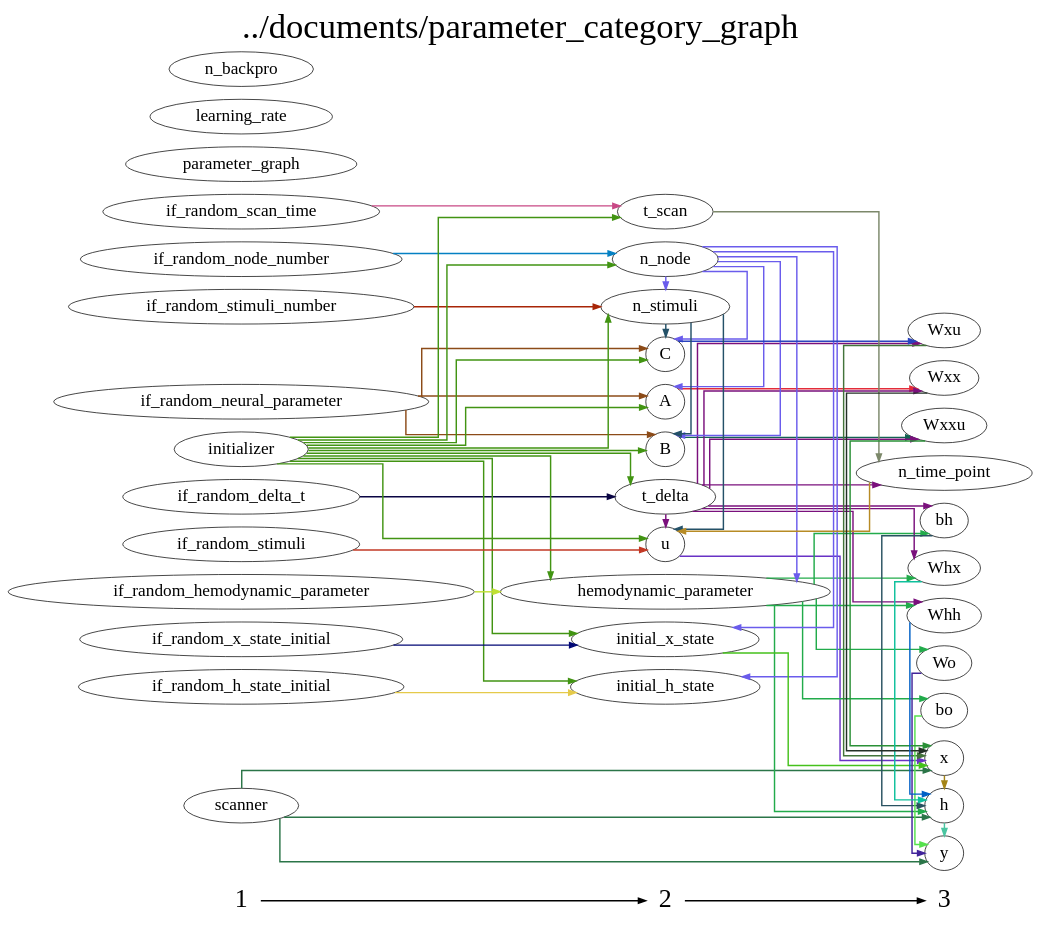
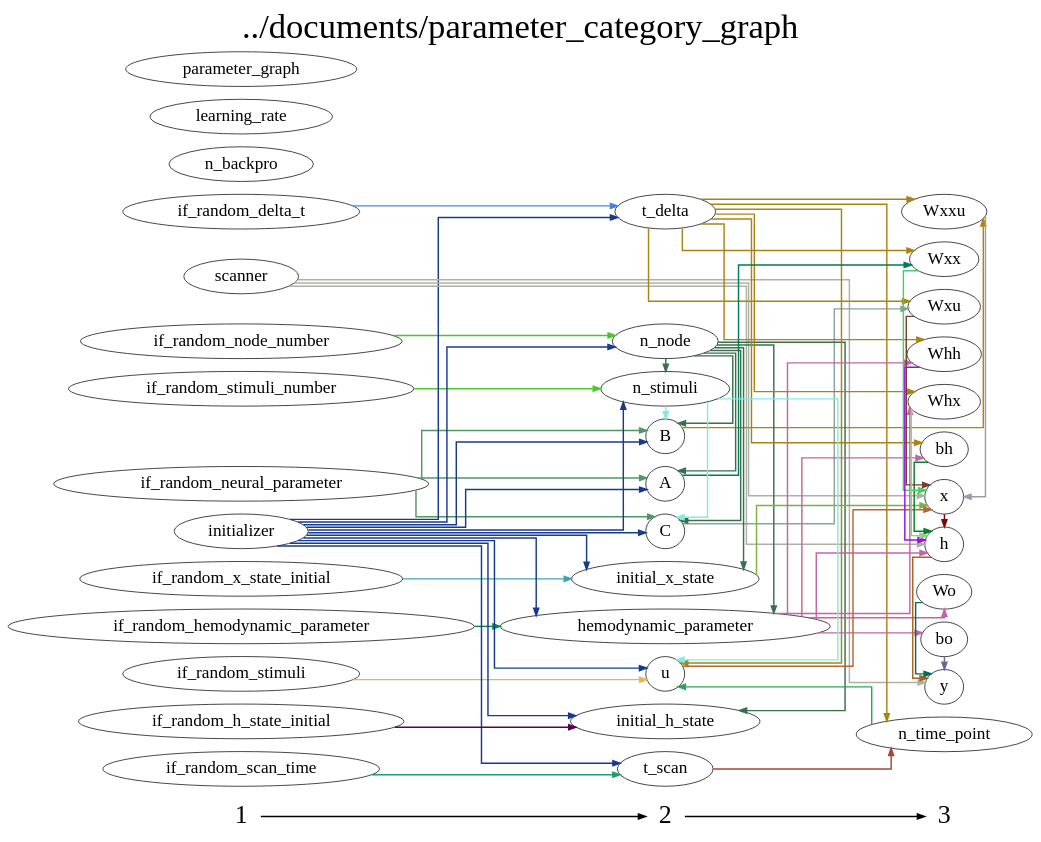
The diagram in DCM_RNN/documents/parameter_category_graph.gv (YuanWangOnward/DCM_RNN), drawn with Graphviz before and after one commit. The commit also changed 18 other files, not shown here.

```diff
--- a/DCM_RNN/documents/parameter_category_graph.gv
+++ b/DCM_RNN/documents/parameter_category_graph.gv
@@ -1,132 +1,132 @@
 digraph G {
           splines=ortho;
           fontsize = 48;
           rankdir = "LR";
           node[fontsize=24];
           edge[penwidth=2];
           {
           node [shape=plaintext fontsize=36];
           1 -> 
           2 -> 
           3
           }
           {rank = same;
           1;
+          if_random_stimuli;
+          if_random_scan_time;
+          if_random_stimuli_number;
           if_random_neural_parameter;
-          parameter_graph;
-          if_random_scan_time;
+          if_random_x_state_initial;
           if_random_delta_t;
           if_random_node_number;
-          if_random_h_state_initial;
-          if_random_stimuli_number;
-          learning_rate;
-          scanner;
+          if_random_hemodynamic_parameter;
           n_backpro;
           initializer;
-          if_random_hemodynamic_parameter;
-          if_random_x_state_initial;
-          if_random_stimuli;
+          learning_rate;
+          parameter_graph;
+          scanner;
+          if_random_h_state_initial;
           }
           {rank = same;
           2;
+          B;
+          C;
+          t_scan;
+          n_node;
+          initial_h_state;
+          t_delta;
+          initial_x_state;
+          hemodynamic_parameter;
           A;
           u;
-          B;
-          hemodynamic_parameter;
-          t_delta;
-          n_node;
-          C;
-          t_scan;
-          initial_x_state;
           n_stimuli;
-          initial_h_state;
           }
           {rank = same;
           3;
-          n_time_point;
-          x;
+          h;
           Wo;
           bh;
+          Wxx;
+          y;
           Wxu;
+          Whh;
+          Wxxu;
+          x;
           bo;
-          h;
-          y;
-          Wxxu;
+          n_time_point;
           Whx;
-          Wxx;
-          Whh;
           }
-          if_random_neural_parameter -> B [color="#8C4B18"];
-          if_random_neural_parameter -> A [color="#8C4B18"];
-          if_random_neural_parameter -> C [color="#8C4B18"];
-          B -> Wxxu [color="#126352"];
-          if_random_scan_time -> t_scan [color="#C84885"];
-          n_time_point -> u [color="#B78B25"];
-          Wxxu -> x [color="#2A9037"];
-          x -> h [color="#A48418"];
+          B -> Wxxu [color="#B1840C"];
+          if_random_stimuli -> u [color="#E0B950"];
+          initial_x_state -> x [color="#79B241"];
+          Wxxu -> x [color="#999EA6"];
+          t_scan -> n_time_point [color="#A64735"];
+          if_random_scan_time -> t_scan [color="#1E9E6A"];
+          h -> y [color="#A3671E"];
+          Wo -> y [color="#076A5A"];
+          if_random_stimuli_number -> n_stimuli [color="#51C733"];
+          bo -> y [color="#6C6890"];
+          n_stimuli -> B [color="#81ECE1"];
+          n_stimuli -> C [color="#81ECE1"];
+          n_stimuli -> u [color="#81ECE1"];
+          if_random_delta_t -> t_delta [color="#4C83E3"];
+          if_random_node_number -> n_node [color="#4CC432"];
+          n_node -> B [color="#38714B"];
+          n_node -> C [color="#38714B"];
+          n_node -> initial_h_state [color="#38714B"];
+          n_node -> initial_x_state [color="#38714B"];
+          n_node -> hemodynamic_parameter [color="#38714B"];
+          n_node -> A [color="#38714B"];
+          n_node -> n_stimuli [color="#38714B"];
+          bh -> h [color="#078026"];
+          Wxx -> x [color="#4CCC69"];
           initial_h_state ;
-          u -> x [color="#6932C5"];
-          Wo -> y [color="#41249A"];
-          hemodynamic_parameter -> bo [color="#22AB4B"];
-          hemodynamic_parameter -> Wo [color="#22AB4B"];
-          hemodynamic_parameter -> bh [color="#22AB4B"];
-          hemodynamic_parameter -> Whx [color="#22AB4B"];
-          hemodynamic_parameter -> Whh [color="#22AB4B"];
-          hemodynamic_parameter -> h [color="#22AB4B"];
-          if_random_delta_t -> t_delta [color="#0A0543"];
-          bh -> h [color="#295261"];
-          C -> Wxu [color="#2A43BE"];
-          h -> y [color="#4BC5A1"];
-          Wxu -> x [color="#43743B"];
-          bo -> y [color="#56E14E"];
-          if_random_stimuli -> u [color="#C23824"];
-          n_node -> B [color="#6A5CEC"];
-          n_node -> hemodynamic_parameter [color="#6A5CEC"];
-          n_node -> n_stimuli [color="#6A5CEC"];
-          n_node -> A [color="#6A5CEC"];
-          n_node -> C [color="#6A5CEC"];
-          n_node -> initial_x_state [color="#6A5CEC"];
-          n_node -> initial_h_state [color="#6A5CEC"];
-          if_random_stimuli_number -> n_stimuli [color="#A82507"];
-          if_random_node_number -> n_node [color="#0480C3"];
+          if_random_hemodynamic_parameter -> hemodynamic_parameter [color="#018C4C"];
+          n_backpro ;
+          C -> Wxu [color="#89A59E"];
+          initializer -> B [color="#183A8E"];
+          initializer -> C [color="#183A8E"];
+          initializer -> t_scan [color="#183A8E"];
+          initializer -> n_node [color="#183A8E"];
+          initializer -> initial_h_state [color="#183A8E"];
+          initializer -> t_delta [color="#183A8E"];
+          initializer -> initial_x_state [color="#183A8E"];
+          initializer -> hemodynamic_parameter [color="#183A8E"];
+          initializer -> A [color="#183A8E"];
+          initializer -> u [color="#183A8E"];
+          initializer -> n_stimuli [color="#183A8E"];
           learning_rate ;
-          t_scan -> n_time_point [color="#7C886A"];
-          if_random_h_state_initial -> initial_h_state [color="#E5CA4A"];
-          Whx -> h [color="#0EC09C"];
+          t_delta -> bh [color="#A88416"];
+          t_delta -> Wxx [color="#A88416"];
+          t_delta -> Wxu [color="#A88416"];
+          t_delta -> Whh [color="#A88416"];
+          t_delta -> Wxxu [color="#A88416"];
+          t_delta -> u [color="#A88416"];
+          t_delta -> n_time_point [color="#A88416"];
+          t_delta -> Whx [color="#A88416"];
+          hemodynamic_parameter -> h [color="#C265A7"];
+          hemodynamic_parameter -> Wo [color="#C265A7"];
+          hemodynamic_parameter -> bh [color="#C265A7"];
+          hemodynamic_parameter -> Whh [color="#C265A7"];
+          hemodynamic_parameter -> bo [color="#C265A7"];
+          hemodynamic_parameter -> Whx [color="#C265A7"];
+          Wxu -> x [color="#77402A"];
+          scanner -> h [color="#AEB2A3"];
+          scanner -> y [color="#AEB2A3"];
+          scanner -> x [color="#AEB2A3"];
+          A -> Wxx [color="#007A57"];
+          Whx -> h [color="#97CC8B"];
+          Whh -> h [color="#9A0EE1"];
+          parameter_graph ;
+          x -> h [color="#800801"];
+          u -> x [color="#B7653C"];
+          if_random_neural_parameter -> B [color="#539665"];
+          if_random_neural_parameter -> C [color="#539665"];
+          if_random_neural_parameter -> A [color="#539665"];
+          n_time_point -> u [color="#2CA656"];
           y ;
-          parameter_graph ;
-          n_backpro ;
-          initializer -> u [color="#429413"];
-          initializer -> B [color="#429413"];
-          initializer -> hemodynamic_parameter [color="#429413"];
-          initializer -> t_delta [color="#429413"];
-          initializer -> n_stimuli [color="#429413"];
-          initializer -> A [color="#429413"];
-          initializer -> C [color="#429413"];
-          initializer -> n_node [color="#429413"];
-          initializer -> t_scan [color="#429413"];
-          initializer -> initial_x_state [color="#429413"];
-          initializer -> initial_h_state [color="#429413"];
-          if_random_hemodynamic_parameter -> hemodynamic_parameter [color="#C0E133"];
-          initial_x_state -> x [color="#45C11C"];
-          A -> Wxx [color="#E32C3A"];
-          if_random_x_state_initial -> initial_x_state [color="#010775"];
-          t_delta -> u [color="#7A107C"];
-          t_delta -> bh [color="#7A107C"];
-          t_delta -> Wxx [color="#7A107C"];
-          t_delta -> Whx [color="#7A107C"];
-          t_delta -> Whh [color="#7A107C"];
-          t_delta -> n_time_point [color="#7A107C"];
-          t_delta -> Wxu [color="#7A107C"];
-          t_delta -> Wxxu [color="#7A107C"];
-          scanner -> x [color="#2B7548"];
-          scanner -> h [color="#2B7548"];
-          scanner -> y [color="#2B7548"];
-          Wxx -> x [color="#233026"];
-          Whh -> h [color="#0161C6"];
-          n_stimuli -> u [color="#245168"];
-          n_stimuli -> B [color="#245168"];
-          n_stimuli -> C [color="#245168"];
+          if_random_h_state_initial -> initial_h_state [color="#590152"];
+          if_random_x_state_initial -> initial_x_state [color="#3AA7B4"];
           labelloc = "t";
           label = "../documents/parameter_category_graph";
 }
```
